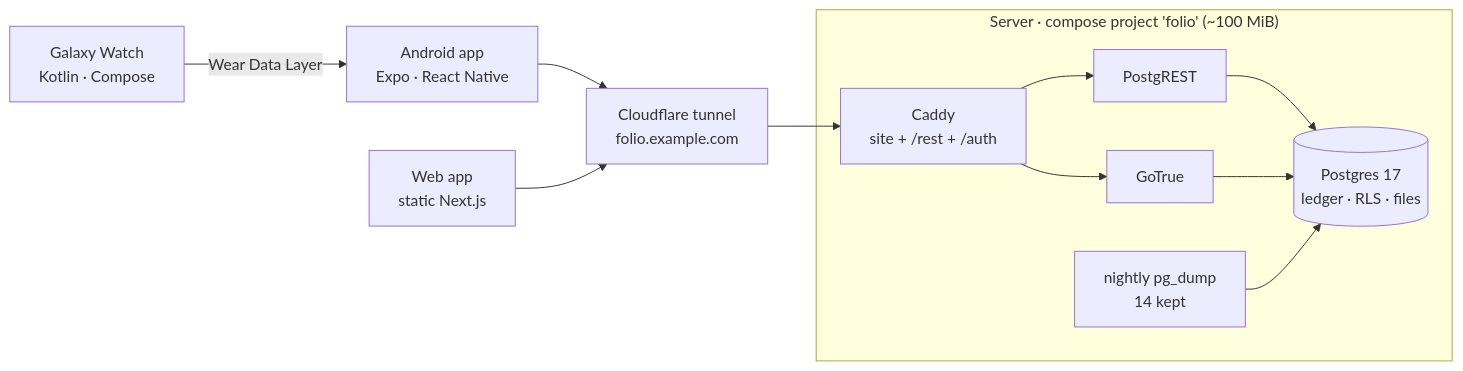
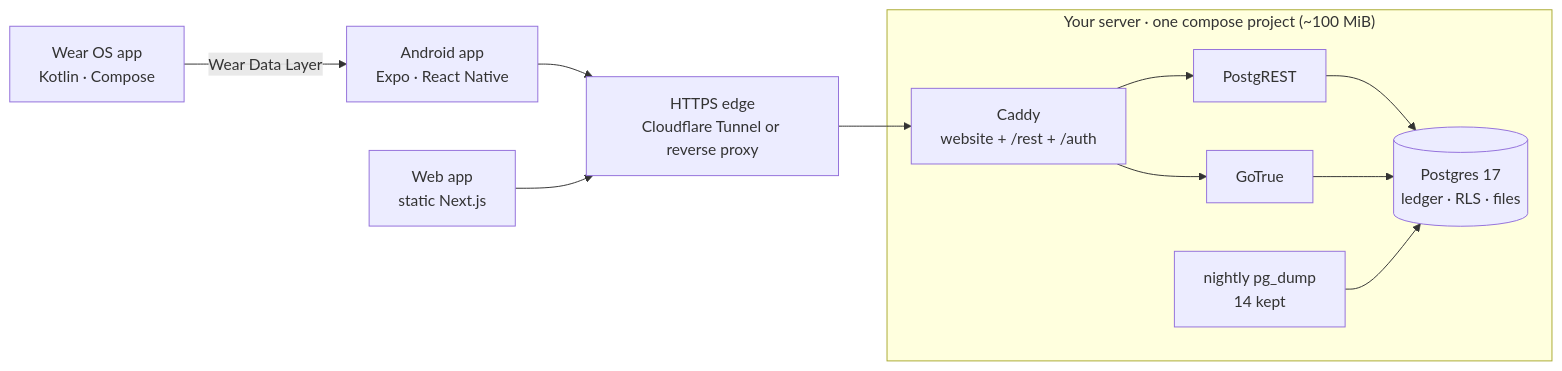
Before and after one commit to jefin10/Folio: the diagram in README.md, drawn with Mermaid. The commit also changed other lines of this file and 10 other files, not shown here.

````diff
--- a/README.md
+++ b/README.md
@@ -147,21 +123,21 @@
 ```mermaid
 flowchart LR
   phone["Android app<br/>Expo · React Native"]
-  watch["Galaxy Watch<br/>Kotlin · Compose"]
+  watch["Wear OS app<br/>Kotlin · Compose"]
   web["Web app<br/>static Next.js"]
-  cf["Cloudflare tunnel<br/>folio.example.com"]
-  subgraph box["Server · compose project 'folio' (~100 MiB)"]
-    caddy["Caddy<br/>site + /rest + /auth"]
+  edge["HTTPS edge<br/>Cloudflare Tunnel or reverse proxy"]
+  subgraph server["Your server · one compose project (~100 MiB)"]
+    caddy["Caddy<br/>website + /rest + /auth"]
     rest["PostgREST"]
     auth["GoTrue"]
     db[("Postgres 17<br/>ledger · RLS · files")]
     backup["nightly pg_dump<br/>14 kept"]
   end
   watch -- "Wear Data Layer" --> phone
-  phone --> cf
-  web --> cf
-  cf --> caddy
+  phone --> edge
+  web --> edge
+  edge --> caddy
   caddy --> rest --> db
   caddy --> auth --> db
   backup --> db
 ```
````
